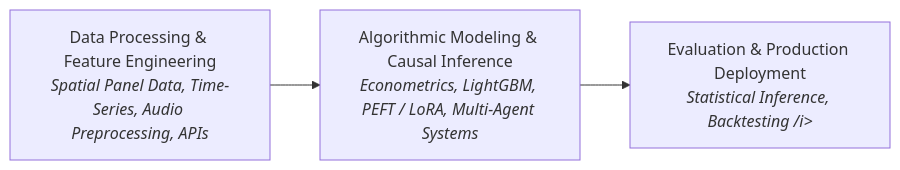
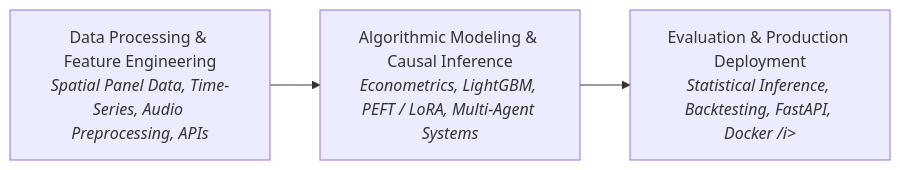
The diagram in README.md (lucaneviani/lucaneviani), drawn with Mermaid before and after one commit. The commit also changed other lines of this file, not shown here.

````diff
--- a/README.md
+++ b/README.md
@@ -159,5 +159,5 @@
 ```mermaid
 flowchart LR
     A["Data Processing & Feature Engineering<br><i>Spatial Panel Data, Time-Series, Audio Preprocessing, APIs</i>"] --> B["Algorithmic Modeling & Causal Inference<br><i>Econometrics, LightGBM, PEFT / LoRA, Multi-Agent Systems</i>"]
-    B --> C["Evaluation & Production Deployment<br><i>Statistical Inference, Backtesting /i>"]
+    B --> C["Evaluation & Production Deployment<br><i>Statistical Inference, Backtesting, FastAPI, Docker /i>"]
 ```
````
